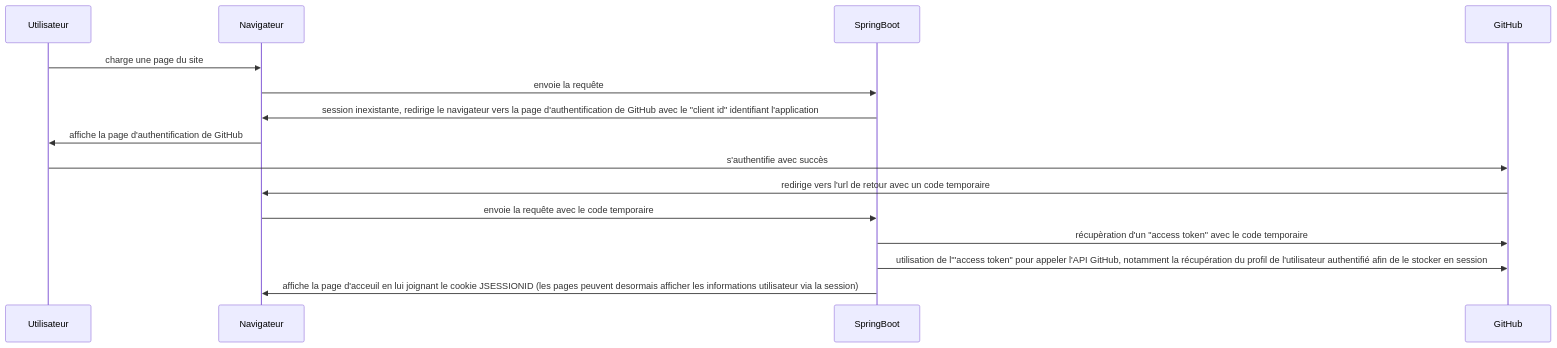
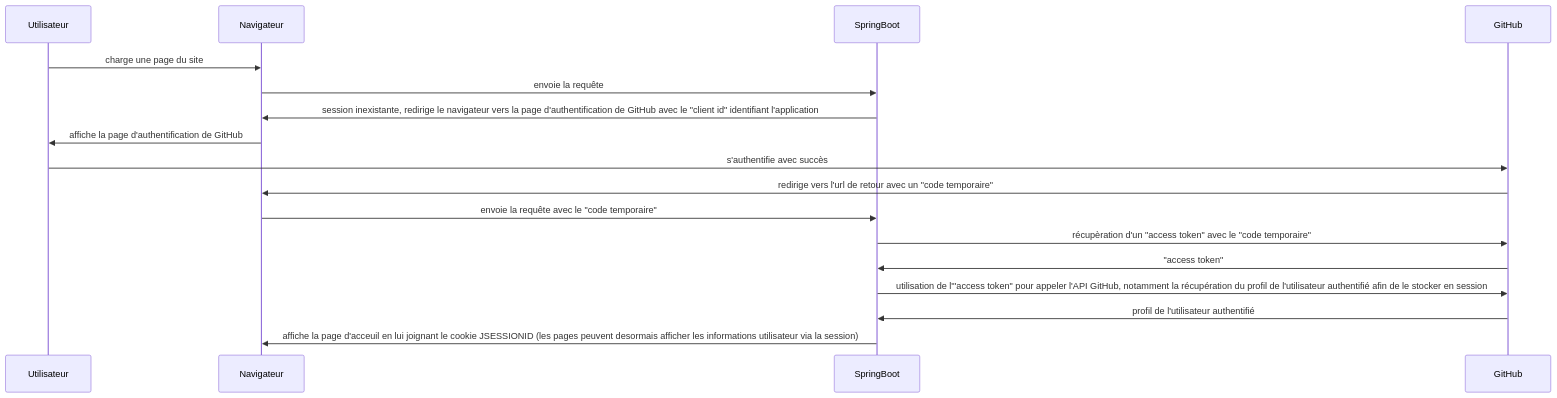
One commit to frigaux/api-cotations-boursieres changed the second of 2 diagrams in README.md. Above: the diagram before and after it, drawn with Mermaid.

Commit message:
Start dev

````diff
--- a/README.md
+++ b/README.md
@@ -21,13 +21,15 @@
 ```mermaid
   sequenceDiagram
     Utilisateur->>Navigateur: charge une page du site
     Navigateur->>SpringBoot: envoie la requête
     SpringBoot->>Navigateur: session inexistante, redirige le navigateur vers la page d'authentification de GitHub avec le "client id" identifiant l'application
     Navigateur->>Utilisateur: affiche la page d'authentification de GitHub
     Utilisateur->>GitHub: s'authentifie avec succès
-    GitHub->>Navigateur: redirige vers l'url de retour avec un code temporaire
-    Navigateur->>SpringBoot: envoie la requête avec le code temporaire
-    SpringBoot->>GitHub: récupèration d'un "access token" avec le code temporaire
+    GitHub->>Navigateur: redirige vers l'url de retour avec un "code temporaire"
+    Navigateur->>SpringBoot: envoie la requête avec le "code temporaire"
+    SpringBoot->>GitHub: récupèration d'un "access token" avec le "code temporaire"
+    GitHub->>SpringBoot: "access token"
     SpringBoot->>GitHub: utilisation de l'"access token" pour appeler l'API GitHub, notamment la récupération du profil de l'utilisateur authentifié afin de le stocker en session
+    GitHub->>SpringBoot: profil de l'utilisateur authentifié
     SpringBoot->>Navigateur: affiche la page d'acceuil en lui joignant le cookie JSESSIONID (les pages peuvent desormais afficher les informations utilisateur via la session)
 ```
````
